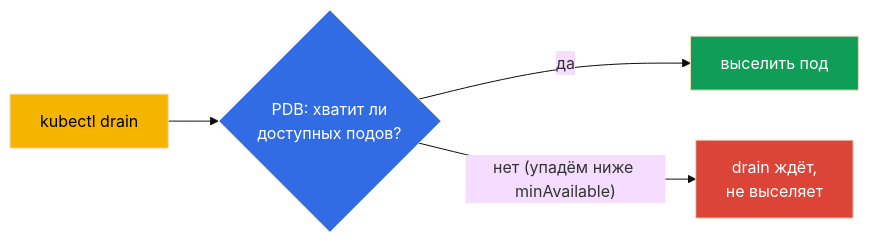
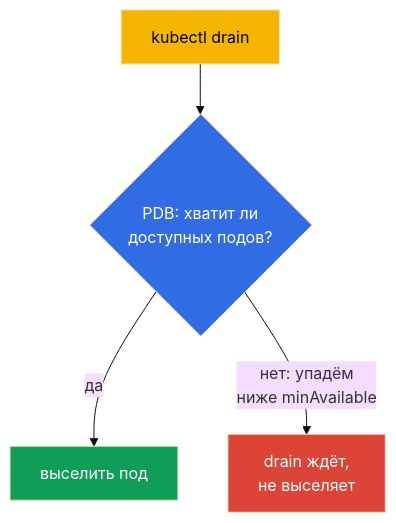
The eighth of 8 diagrams in tasks/cka/course/36/ru.md (ViktorUJ/cks), drawn with Mermaid (base theme) before and after one commit. The commit also changed other lines of this file and 30 other files, not shown here.

````diff
--- a/tasks/cka/course/36/ru.md
+++ b/tasks/cka/course/36/ru.md
@@ -254,10 +258,10 @@
 ```mermaid
-flowchart LR
+flowchart TB
     drain["kubectl drain"] --> pdb{"PDB: хватит ли<br>доступных подов?"}
     pdb -->|"да"| evict["выселить под"]
-    pdb -->|"нет (упадём ниже minAvailable)"| wait["drain ждёт,<br>не выселяет"]
+    pdb -->|"нет: упадём<br>ниже minAvailable"| wait["drain ждёт,<br>не выселяет"]
     style drain fill:#f4b400,color:#000
     style pdb fill:#326ce5,color:#fff
     style evict fill:#0f9d58,color:#fff
     style wait fill:#db4437,color:#fff
 ```
````
